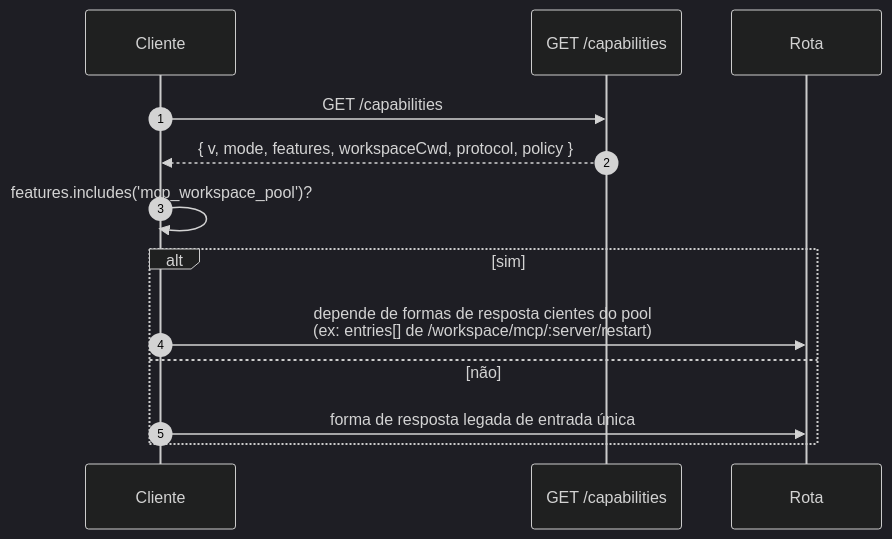
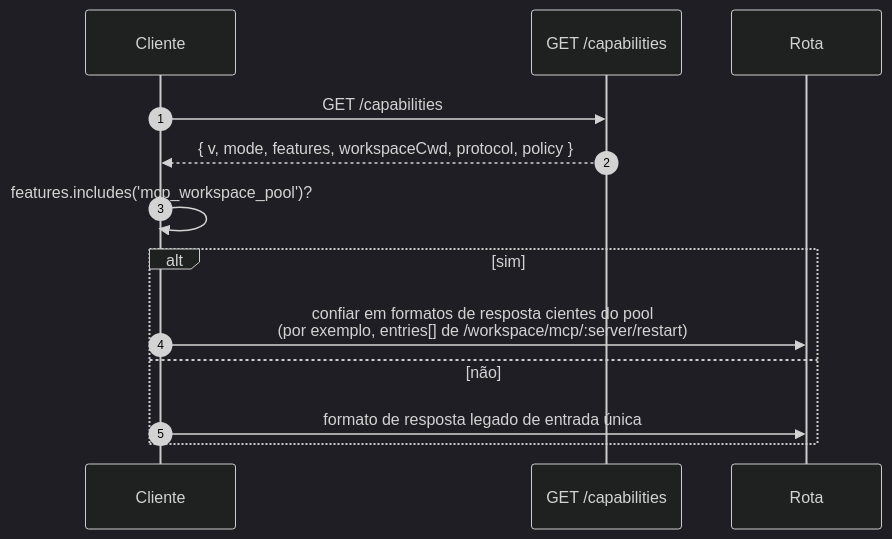
One commit to QwenLM/qwen-code-docs changed the second of 2 diagrams in website/content/pt-BR/developers/daemon/11-capabilities-versioning.md. Above: the diagram before and after it, drawn with Mermaid (dark theme). The commit also changed other lines of this file and 162 other files, not shown here.

````diff
--- a/website/content/pt-BR/developers/daemon/11-capabilities-versioning.md
+++ b/website/content/pt-BR/developers/daemon/11-capabilities-versioning.md
@@ -132,16 +142,16 @@
 ```mermaid
 sequenceDiagram
     autonumber
     participant C as Cliente
     participant D as GET /capabilities
     participant R as Rota
 
     C->>D: GET /capabilities
     D-->>C: { v, mode, features, workspaceCwd, protocol, policy }
     C->>C: features.includes('mcp_workspace_pool')?
     alt sim
-        C->>R: depende de formas de resposta cientes do pool<br/>(ex: entries[] de /workspace/mcp/:server/restart)
+        C->>R: confiar em formatos de resposta cientes do pool<br/>(por exemplo, entries[] de /workspace/mcp/:server/restart)
     else não
-        C->>R: forma de resposta legada de entrada única
+        C->>R: formato de resposta legado de entrada única
     end
 ```
````
